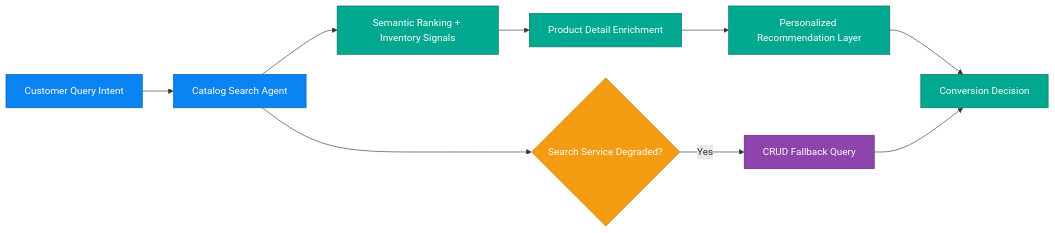
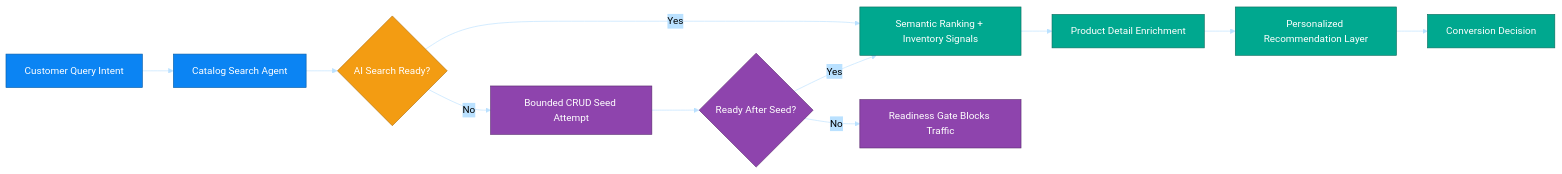
The diagram in docs/business_scenarios/02-product-discovery-enrichment/README.md (Azure-Samples/holiday-peak-hub), drawn with Mermaid before and after one commit. The commit also changed other lines of this file and 11 other files, not shown here.

Commit message:
feat: enforce strict AI Search runtime readiness for catalog-search (#675) (#678)

````diff
--- a/docs/business_scenarios/02-product-discovery-enrichment/README.md
+++ b/docs/business_scenarios/02-product-discovery-enrichment/README.md
@@ -27,21 +27,30 @@
 ```mermaid
+%%{init: {'theme':'base', 'themeVariables': {
+  'primaryColor':'#FFB3BA',
+  'primaryTextColor':'#000',
+  'primaryBorderColor':'#FF8B94',
+  'lineColor':'#BAE1FF',
+  'secondaryColor':'#BAE1FF',
+  'tertiaryColor':'#FFFFFF'
+}}}%%
 flowchart LR
    A[Customer Query Intent] --> B[Catalog Search Agent]
-   B --> C[Semantic Ranking + Inventory Signals]
+   B --> G{AI Search Ready?}
+   G -->|Yes| C[Semantic Ranking + Inventory Signals]
    C --> D[Product Detail Enrichment]
    D --> E[Personalized Recommendation Layer]
    E --> F[Conversion Decision]
-
-   B --> G{Search Service Degraded?}
-   G -->|Yes| H[CRUD Fallback Query]
-   H --> F
+   G -->|No| H[Bounded CRUD Seed Attempt]
+   H --> I{Ready After Seed?}
+   I -->|Yes| C
+   I -->|No| J[Readiness Gate Blocks Traffic]
 
    classDef a fill:#0B84F3,color:#fff,stroke:#085ea8
    classDef b fill:#00A88F,color:#fff,stroke:#0b6e5f
    classDef c fill:#F39C12,color:#fff,stroke:#af6f0c
    classDef d fill:#8E44AD,color:#fff,stroke:#5b2a70
    class A,B a
    class C,D,E,F b
    class G c
-   class H d
+   class H,I,J d
 ```
````
